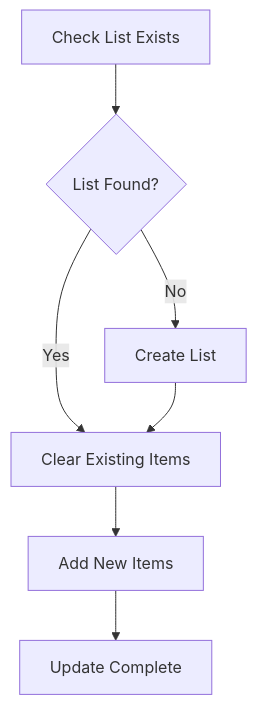
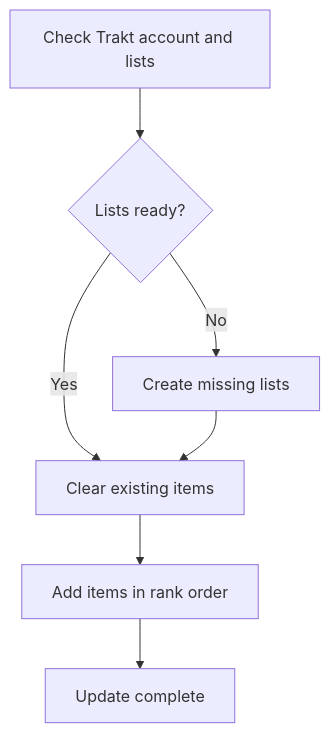
The second of 2 diagrams in API.md (pcarrasqueira/top-streaming-services-data-portugal), drawn with Mermaid before and after one commit. The commit also changed other lines of this file and 9 other files, not shown here.

````diff
--- a/API.md
+++ b/API.md
@@ -251,9 +183,9 @@
 ```mermaid
 graph TD
-    A[Check List Exists] --> B{List Found?}
-    B -->|No| C[Create List]
-    B -->|Yes| D[Clear Existing Items]
+    A[Check Trakt account and lists] --> B{Lists ready?}
+    B -->|No| C[Create missing lists]
+    B -->|Yes| D[Clear existing items]
     C --> D
-    D --> E[Add New Items]
-    E --> F[Update Complete]
+    D --> E[Add items in rank order]
+    E --> F[Update complete]
 ```
````
